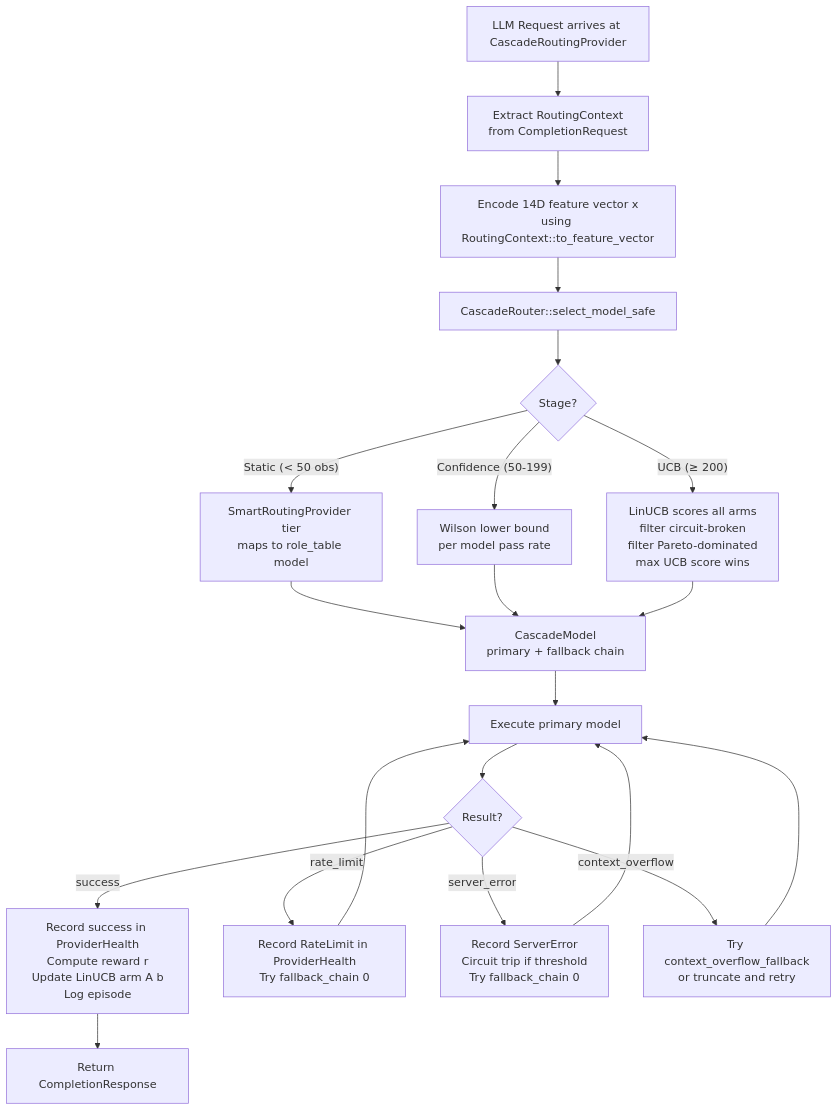
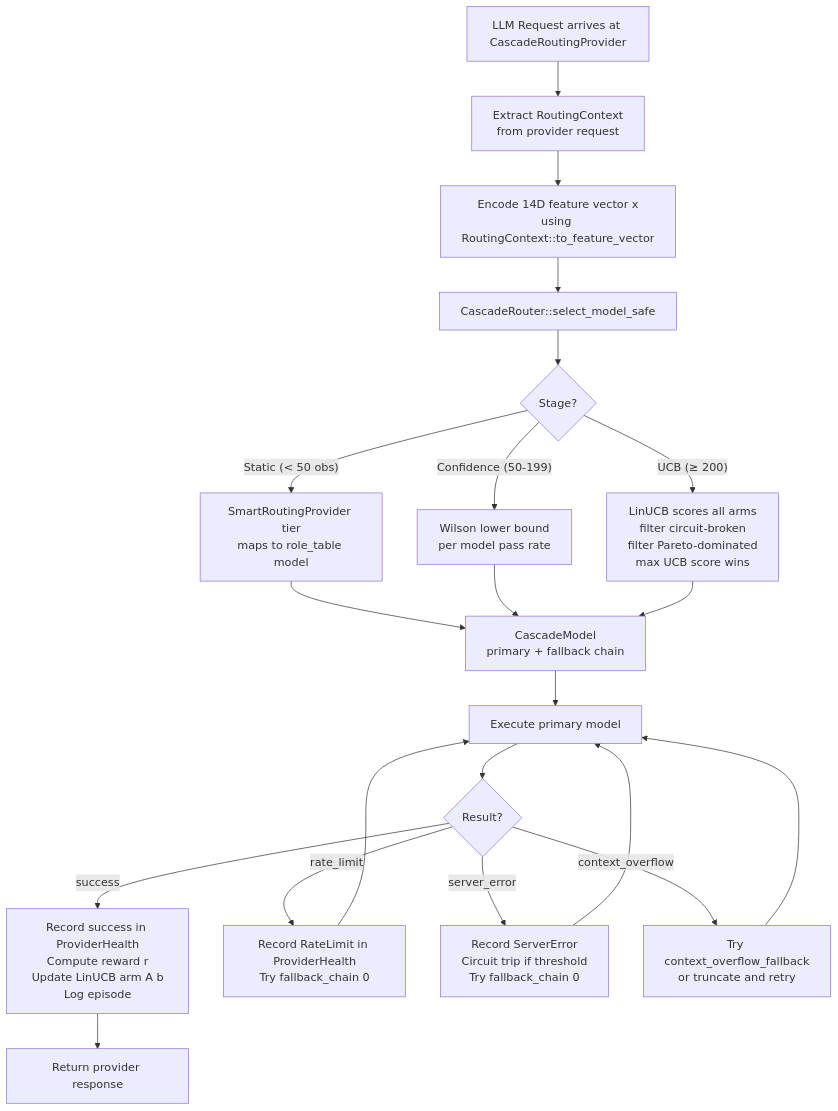
The fifth of 5 diagrams in tmp/agent-intelligence/online-learning.md (wpank/ironclaw), drawn with Mermaid before and after one commit. The commit also changed other lines of this file and 113 other files, not shown here.

````diff
--- a/tmp/agent-intelligence/online-learning.md
+++ b/tmp/agent-intelligence/online-learning.md
@@ -2119,23 +2119,23 @@
 ```mermaid
 flowchart TD
-    A[LLM Request arrives at CascadeRoutingProvider] --> B[Extract RoutingContext\nfrom CompletionRequest]
+    A[LLM Request arrives at CascadeRoutingProvider] --> B[Extract RoutingContext\nfrom provider request]
     B --> C[Encode 14D feature vector x\nusing RoutingContext::to_feature_vector]
     C --> D[CascadeRouter::select_model_safe]
     D --> E{Stage?}
     E -->|"Static (< 50 obs)"| F[SmartRoutingProvider tier\nmaps to role_table model]
     E -->|"Confidence (50-199)"| G[Wilson lower bound\nper model pass rate]
     E -->|"UCB (≥ 200)"| H[LinUCB scores all arms\nfilter circuit-broken\nfilter Pareto-dominated\nmax UCB score wins]
     F --> I[CascadeModel\nprimary + fallback chain]
     G --> I
     H --> I
     I --> J[Execute primary model]
     J --> K{Result?}
     K -->|success| L[Record success in ProviderHealth\nCompute reward r\nUpdate LinUCB arm A b\nLog episode]
     K -->|rate_limit| M[Record RateLimit in ProviderHealth\nTry fallback_chain 0]
     K -->|server_error| N[Record ServerError\nCircuit trip if threshold\nTry fallback_chain 0]
     K -->|context_overflow| O[Try context_overflow_fallback\nor truncate and retry]
-    L --> P[Return CompletionResponse]
+    L --> P[Return provider response]
     M --> J
     N --> J
     O --> J
 ```
````
